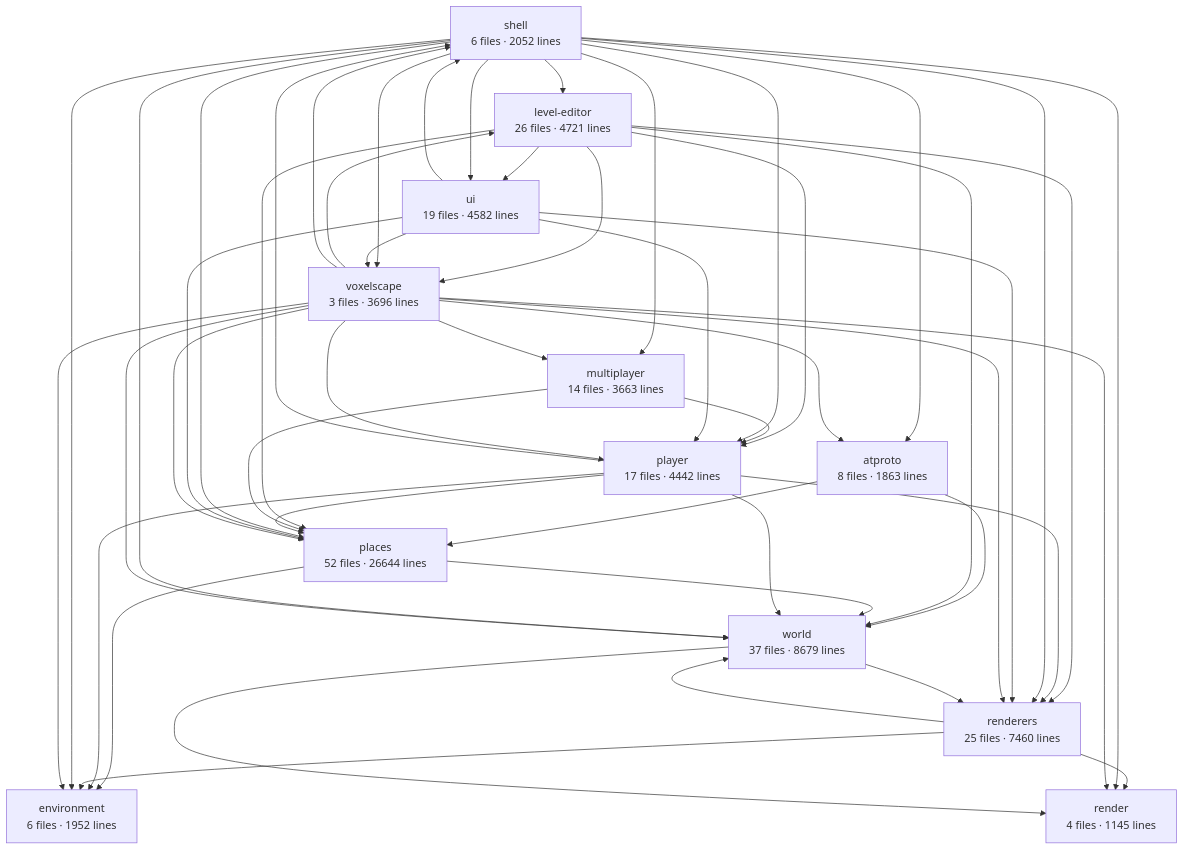
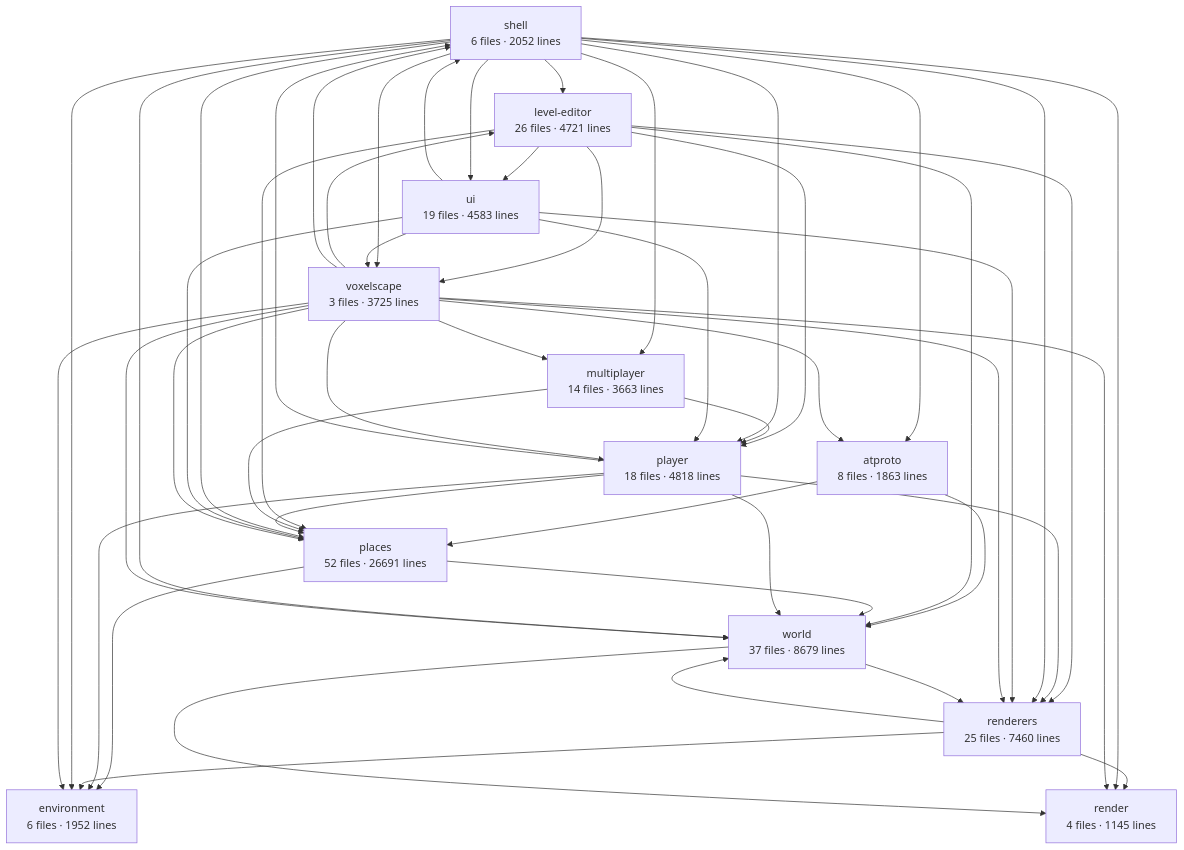
One commit to big-mesh-studios/big-mesh-studios changed the diagram in apps/voxelscape/docs/architecture.md. Above: the diagram before and after it, drawn with Mermaid. The commit also changed other lines of this file and 15 other files, not shown here.

````diff
--- a/apps/voxelscape/docs/architecture.md
+++ b/apps/voxelscape/docs/architecture.md
@@ -6,63 +6,63 @@
 ```mermaid
 graph TD
   shell["shell<br/>6 files · 2052 lines"]
-  voxelscape["voxelscape<br/>3 files · 3696 lines"]
+  voxelscape["voxelscape<br/>3 files · 3725 lines"]
   world["world<br/>37 files · 8679 lines"]
   renderers["renderers<br/>25 files · 7460 lines"]
   render["render<br/>4 files · 1145 lines"]
-  player["player<br/>17 files · 4442 lines"]
+  player["player<br/>18 files · 4818 lines"]
   multiplayer["multiplayer<br/>14 files · 3663 lines"]
-  places["places<br/>52 files · 26644 lines"]
+  places["places<br/>52 files · 26691 lines"]
   environment["environment<br/>6 files · 1952 lines"]
   atproto["atproto<br/>8 files · 1863 lines"]
-  ui["ui<br/>19 files · 4582 lines"]
+  ui["ui<br/>19 files · 4583 lines"]
   level-editor["level-editor<br/>26 files · 4721 lines"]
   atproto --> places
   atproto --> world
   level-editor --> places
   level-editor --> player
   level-editor --> renderers
   level-editor --> ui
   level-editor --> voxelscape
   level-editor --> world
   multiplayer --> places
   multiplayer --> player
   places --> environment
   places --> world
   player --> environment
   player --> places
   player --> renderers
   player --> shell
   player --> world
   renderers --> environment
   renderers --> render
   renderers --> world
   shell --> atproto
   shell --> environment
   shell --> level-editor
   shell --> multiplayer
   shell --> places
   shell --> player
   shell --> render
   shell --> renderers
   shell --> ui
   shell --> voxelscape
   shell --> world
   ui --> places
   ui --> player
   ui --> renderers
   ui --> shell
   ui --> voxelscape
   voxelscape --> atproto
   voxelscape --> environment
   voxelscape --> level-editor
   voxelscape --> multiplayer
   voxelscape --> places
   voxelscape --> player
   voxelscape --> render
   voxelscape --> renderers
   voxelscape --> shell
   voxelscape --> world
   world --> render
   world --> renderers
 ```
````
